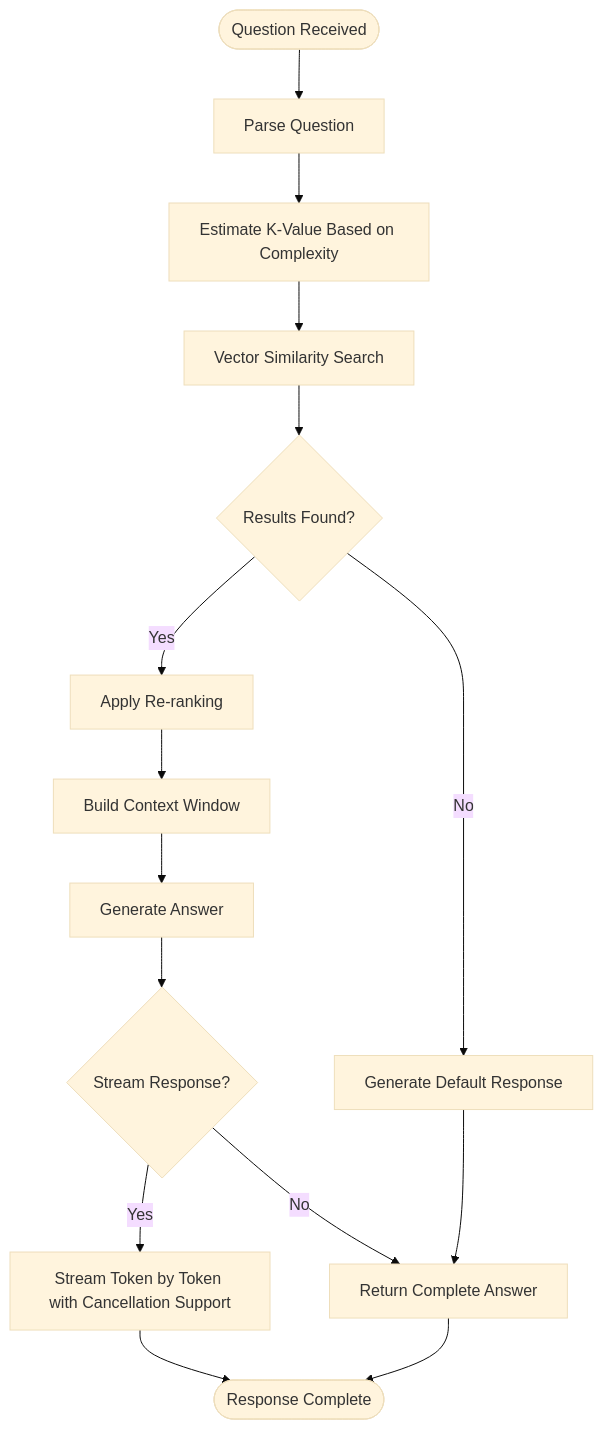
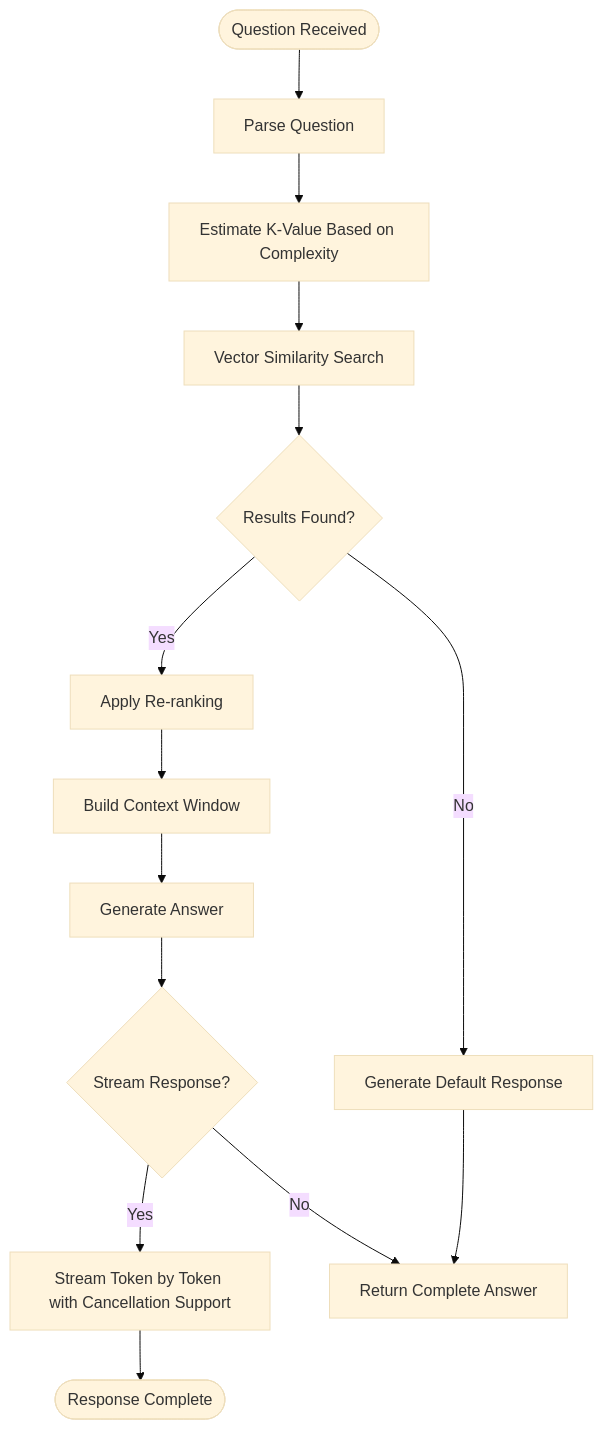
Diagram 20 of 24 in .qoder/repowiki/en/content/API Reference/RAG Microservice Architecture.md (ognelis/cafetera_hr_bot), drawn with Mermaid (base theme) before and after one commit. The commit also changed other lines of this file and 10 other files, not shown here.

````diff
--- a/.qoder/repowiki/en/content/API Reference/RAG Microservice Architecture.md
+++ b/.qoder/repowiki/en/content/API Reference/RAG Microservice Architecture.md
@@ -961,17 +1001,16 @@
 ```mermaid
 flowchart TD
 Start(["Question Received"]) --> Parse["Parse Question"]
 Parse --> EstimateK["Estimate K-Value Based on Complexity"]
 EstimateK --> Retrieve["Vector Similarity Search"]
 Retrieve --> HasResults{"Results Found?"}
 HasResults --> |No| GenerateDefault["Generate Default Response"]
 HasResults --> |Yes| Rerank["Apply Re-ranking"]
 Rerank --> Context["Build Context Window"]
 Context --> Generate["Generate Answer"]
 Generate --> Stream{"Stream Response?"}
 Stream --> |Yes| StreamTokens["Stream Token by Token with Cancellation Support"]
 Stream --> |No| ReturnAnswer["Return Complete Answer"]
 GenerateDefault --> ReturnAnswer
 StreamTokens --> End(["Response Complete"])
-ReturnAnswer --> End
 ```
````
